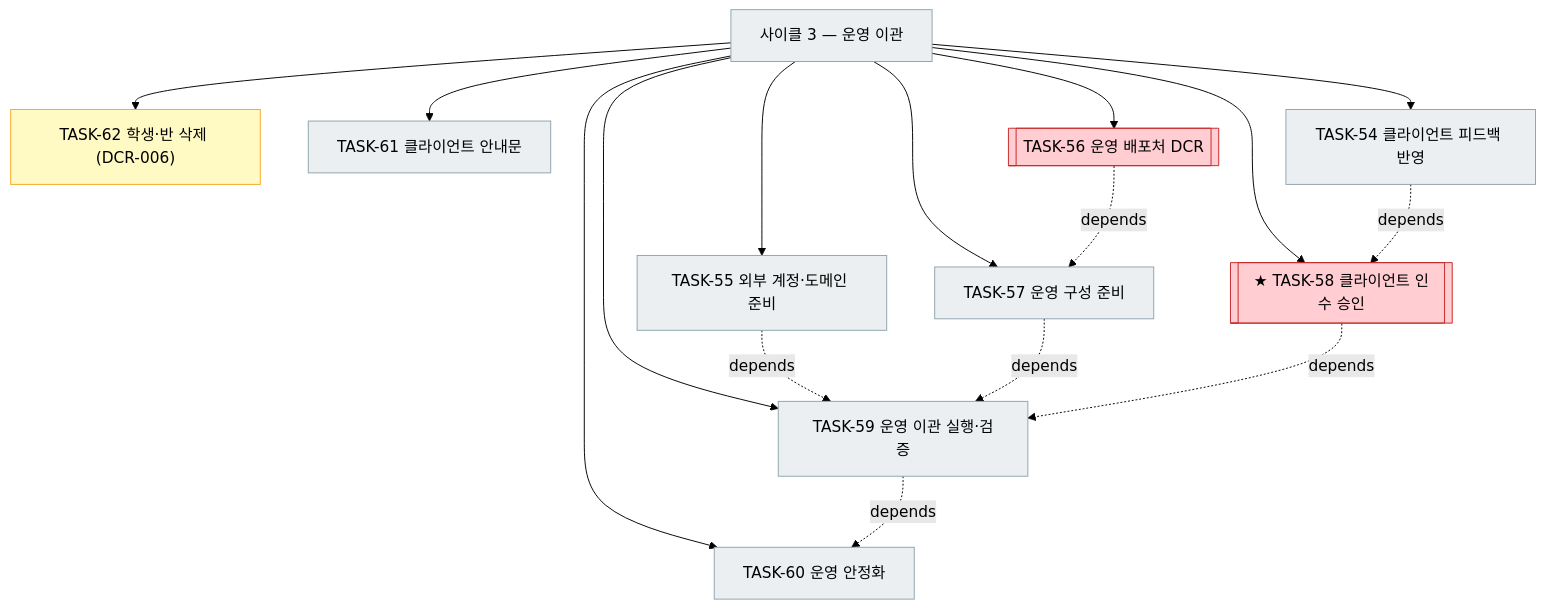
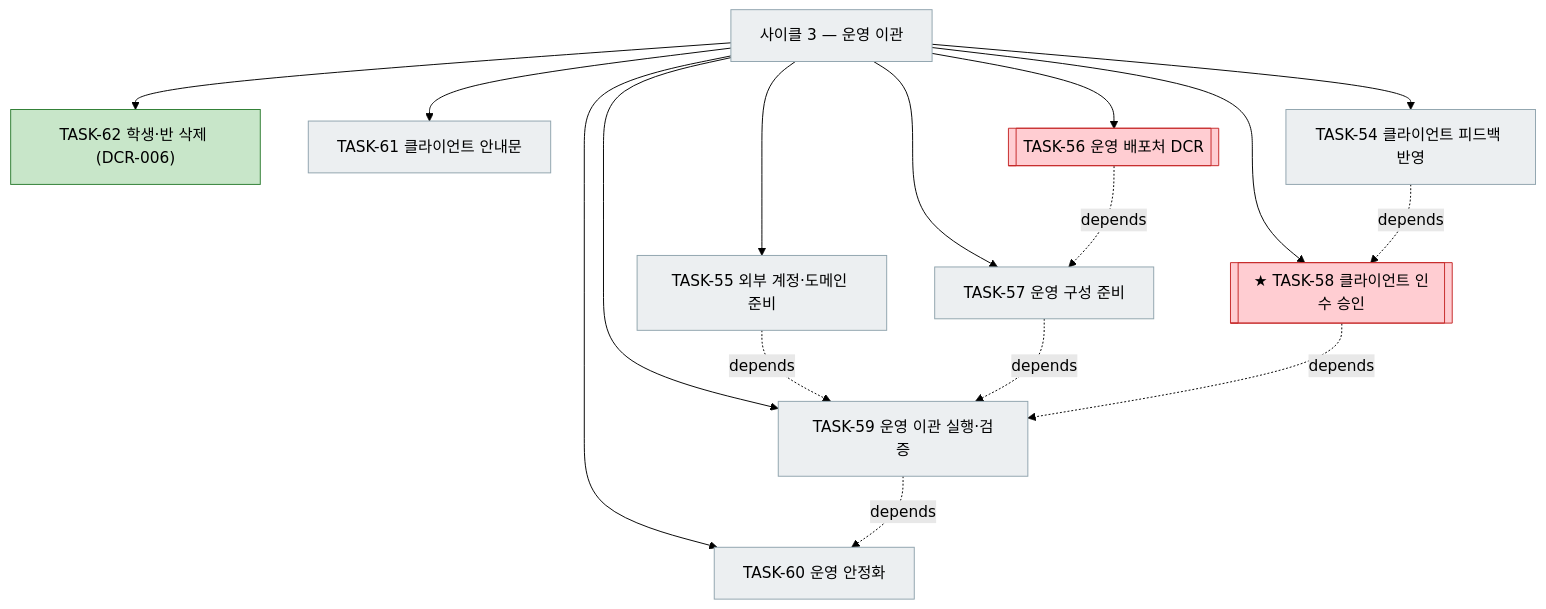
The fourth of 5 diagrams in docs/plan.md (bluesky5008/mathdesk), drawn with Mermaid (forest theme) before and after one commit. The commit also changed other lines of this file and 11 other files, not shown here.

First line of the commit message:
feat: TASK-62 퇴원 학생·비활성 반 삭제 (DCR-006, 기준선 v7)

````diff
--- a/docs/plan.md
+++ b/docs/plan.md
@@ -234,23 +234,23 @@
 ```mermaid
 flowchart TD
     C3["사이클 3 — 운영 이관"]:::todo
-    C3 --> T62["TASK-62 학생·반 삭제 (DCR-006)"]:::active
+    C3 --> T62["TASK-62 학생·반 삭제 (DCR-006)"]:::done
     C3 --> T61["TASK-61 클라이언트 안내문"]:::todo
     C3 --> T54["TASK-54 클라이언트 피드백 반영"]:::todo
     C3 --> T55["TASK-55 외부 계정·도메인 준비"]:::todo
     C3 --> T56[["TASK-56 운영 배포처 DCR"]]:::gate
     C3 --> T57["TASK-57 운영 구성 준비"]:::todo
     C3 --> T58[["★ TASK-58 클라이언트 인수 승인"]]:::gate
     C3 --> T59["TASK-59 운영 이관 실행·검증"]:::todo
     C3 --> T60["TASK-60 운영 안정화"]:::todo
     T56 -. depends .-> T57
     T54 -. depends .-> T58
     T55 -. depends .-> T59
     T57 -. depends .-> T59
     T58 -. depends .-> T59
     T59 -. depends .-> T60
     classDef done fill:#c8e6c9,stroke:#2e7d32
     classDef active fill:#fff9c4,stroke:#f9a825
     classDef todo fill:#eceff1,stroke:#90a4ae
     classDef gate fill:#ffcdd2,stroke:#c62828
 ```
````
